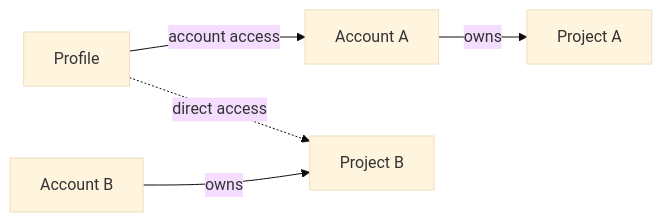
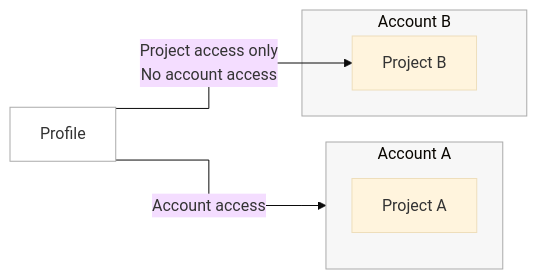
The diagram in diagrams/access-model.mmd (chromaui/chromatic-docs), drawn with Mermaid (base theme) before and after one commit. The commit also changed 2 other files, not shown here.

Commit message:
docs(access): clarify diagram ownership and access boundaries

```diff
--- a/diagrams/access-model.mmd
+++ b/diagrams/access-model.mmd
@@ -1,11 +1,21 @@
+%%{init: {"flowchart": {"curve": "stepAfter", "nodeSpacing": 32, "rankSpacing": 48}}}%%
 flowchart LR
+  accTitle: Profiles, accounts, and projects
+  accDescr: A profile has account access to Account A and direct project access to Project B without account access to Account B. Each project belongs to its enclosing account. Account access does not necessarily grant project access.
+
   profile["Profile"]
-  accountA["Account A"]
-  projectA["Project A"]
-  accountB["Account B"]
-  projectB["Project B"]
 
-  profile -->|"account access"| accountA
-  accountA -->|"owns"| projectA
-  accountB -->|"owns"| projectB
-  profile -.->|"direct access"| projectB
+  subgraph accountA["Account A"]
+    projectA["Project A"]
+  end
+
+  subgraph accountB["Account B"]
+    projectB["Project B"]
+  end
+
+  profile -->|"Account access"| accountA
+  profile -->|"Project access only<br/>No account access"| projectB
+
+  style accountA fill:#f7f7f7,stroke:#aaa
+  style accountB fill:#f7f7f7,stroke:#aaa
+  style profile fill:#fff,stroke:#aaa
```
